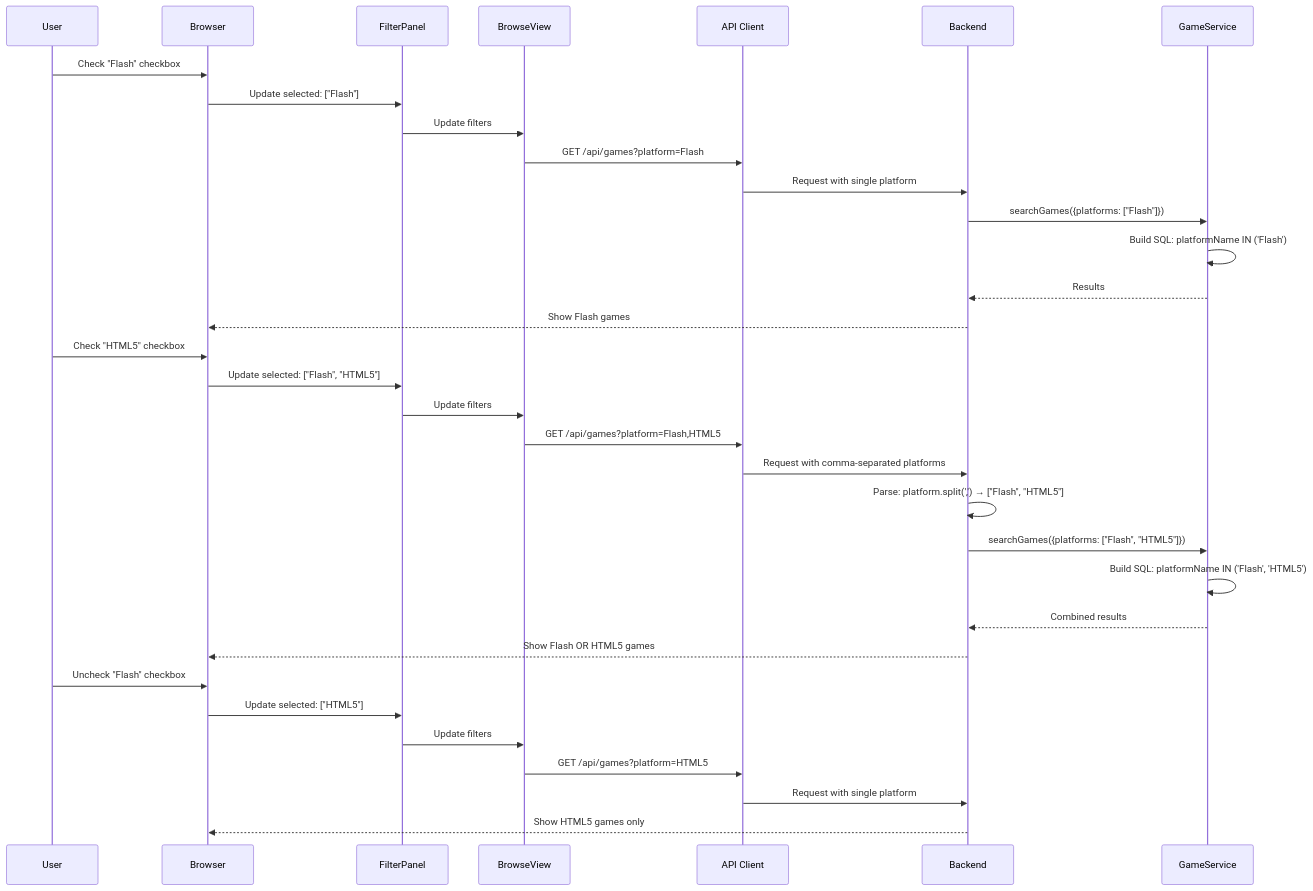
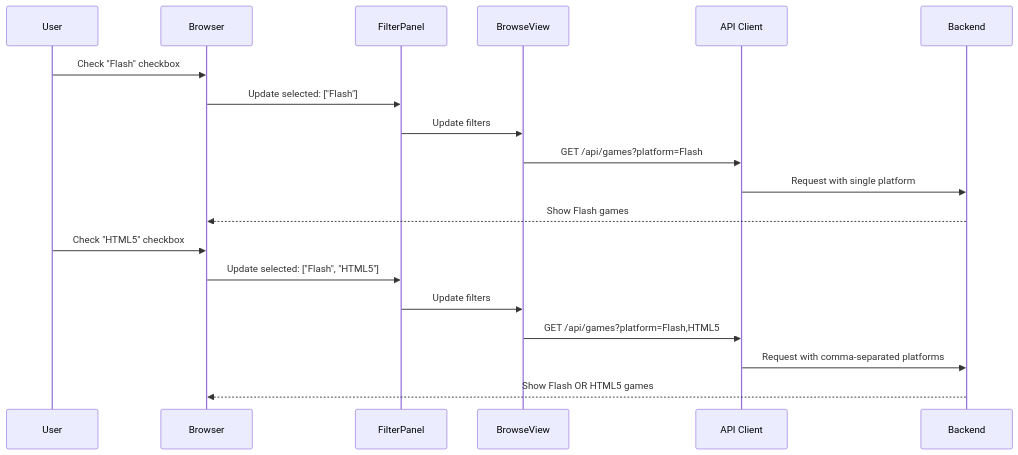
The seventh of 9 diagrams in docs/02-architecture/data-flow-diagrams.md (darkraise/flashpoint-web), drawn with Mermaid before and after one commit. The commit also changed other lines of this file and 98 other files, not shown here.

````diff
--- a/docs/02-architecture/data-flow-diagrams.md
+++ b/docs/02-architecture/data-flow-diagrams.md
@@ -557,38 +271,23 @@
 ```mermaid
 sequenceDiagram
     participant User
     participant Browser
     participant FilterPanel
     participant BrowseView
     participant API Client
     participant Backend
-    participant GameService
 
     User->>Browser: Check "Flash" checkbox
     Browser->>FilterPanel: Update selected: ["Flash"]
     FilterPanel->>BrowseView: Update filters
     BrowseView->>API Client: GET /api/games?platform=Flash
     API Client->>Backend: Request with single platform
-    Backend->>GameService: searchGames({platforms: ["Flash"]})
-    GameService->>GameService: Build SQL: platformName IN ('Flash')
-    GameService-->>Backend: Results
     Backend-->>Browser: Show Flash games
 
     User->>Browser: Check "HTML5" checkbox
     Browser->>FilterPanel: Update selected: ["Flash", "HTML5"]
     FilterPanel->>BrowseView: Update filters
     BrowseView->>API Client: GET /api/games?platform=Flash,HTML5
     API Client->>Backend: Request with comma-separated platforms
-    Backend->>Backend: Parse: platform.split(',') → ["Flash", "HTML5"]
-    Backend->>GameService: searchGames({platforms: ["Flash", "HTML5"]})
-    GameService->>GameService: Build SQL: platformName IN ('Flash', 'HTML5')
-    GameService-->>Backend: Combined results
     Backend-->>Browser: Show Flash OR HTML5 games
-
-    User->>Browser: Uncheck "Flash" checkbox
-    Browser->>FilterPanel: Update selected: ["HTML5"]
-    FilterPanel->>BrowseView: Update filters
-    BrowseView->>API Client: GET /api/games?platform=HTML5
-    API Client->>Backend: Request with single platform
-    Backend-->>Browser: Show HTML5 games only
 ```
````
